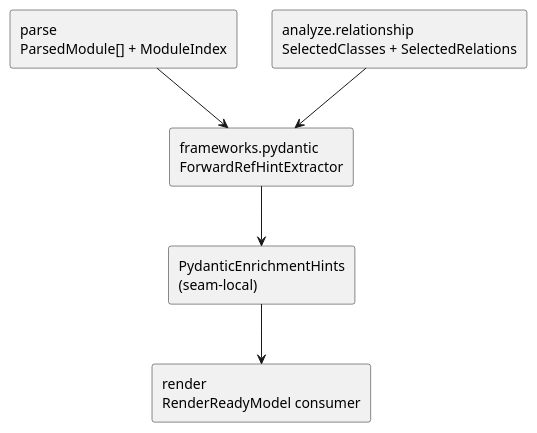
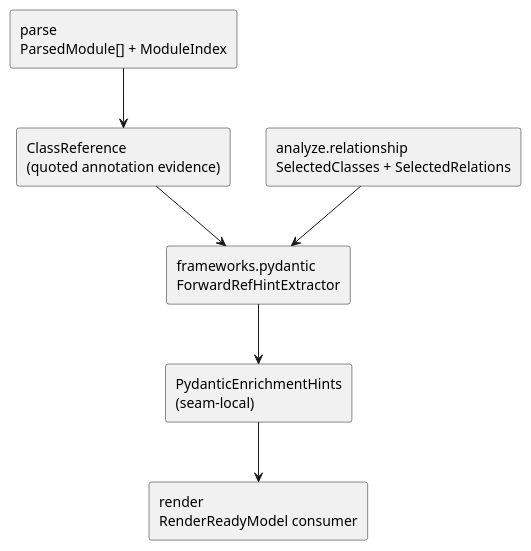
One commit to chemitaro/pyclassuml changed the diagram in spec-dock/initiatives/init-00001-pyclassuml-prototype/epics/epic-00004-framework-render-report/issues/iss-00017-frameworks-pydantic-enrich/design.md. Above: the diagram before and after it, drawn with PlantUML. The commit also changed other lines of this file and 3 other files, not shown here.

````diff
--- a/spec-dock/initiatives/init-00001-pyclassuml-prototype/epics/epic-00004-framework-render-report/issues/iss-00017-frameworks-pydantic-enrich/design.md
+++ b/spec-dock/initiatives/init-00001-pyclassuml-prototype/epics/epic-00004-framework-render-report/issues/iss-00017-frameworks-pydantic-enrich/design.md
@@ -25,15 +27,17 @@
 ```plantuml
 @startuml
 top to bottom direction
 
 rectangle "parse\nParsedModule[] + ModuleIndex" as parse
+rectangle "ClassReference\n(quoted annotation evidence)" as refs
 rectangle "analyze.relationship\nSelectedClasses + SelectedRelations" as analyze
 rectangle "frameworks.pydantic\nForwardRefHintExtractor" as pyd
 rectangle "PydanticEnrichmentHints\n(seam-local)" as hints
 rectangle "render\nRenderReadyModel consumer" as render
-parse --> pyd
+parse --> refs
+refs --> pyd
 analyze --> pyd
 pyd --> hints
 hints --> render
 @enduml
 ```
````
